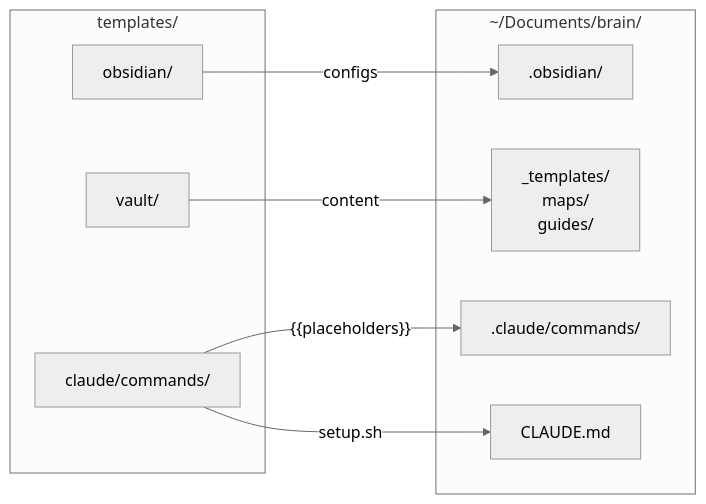
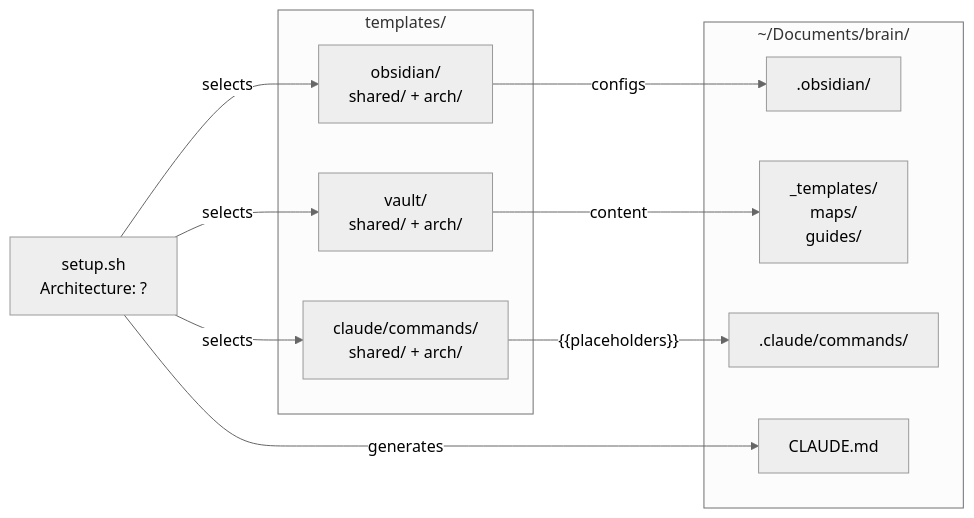
Before and after one commit to vinipx/brain: the second of 2 diagrams in README.md, drawn with Mermaid (neutral theme). The commit also changed other lines of this file and 98 other files, not shown here.

First line of the commit message:
Add Personal/Professional/Both architecture branching

````diff
--- a/README.md
+++ b/README.md
@@ -834,20 +1384,25 @@
 ```mermaid
 flowchart LR
     subgraph "templates/"
-        OBS["obsidian/"]
-        VAULT["vault/"]
-        CMD["claude/commands/"]
+        OBS["obsidian/<br>shared/ + arch/"]
+        VAULT["vault/<br>shared/ + arch/"]
+        CMD["claude/commands/<br>shared/ + arch/"]
     end
 
     subgraph "~/Documents/brain/"
         DOT[".obsidian/"]
         CONTENT["_templates/<br>maps/<br>guides/"]
         CMDO[".claude/commands/"]
         CM["CLAUDE.md"]
     end
 
+    SETUP["setup.sh<br>Architecture: ?"]
+
+    SETUP -->|"selects"| OBS
+    SETUP -->|"selects"| VAULT
+    SETUP -->|"selects"| CMD
     OBS -->|"configs"| DOT
     VAULT -->|"content"| CONTENT
     CMD -->|"{{placeholders}}"| CMDO
-    CMD -->|"setup.sh"| CM
+    SETUP -->|"generates"| CM
 ```
````
